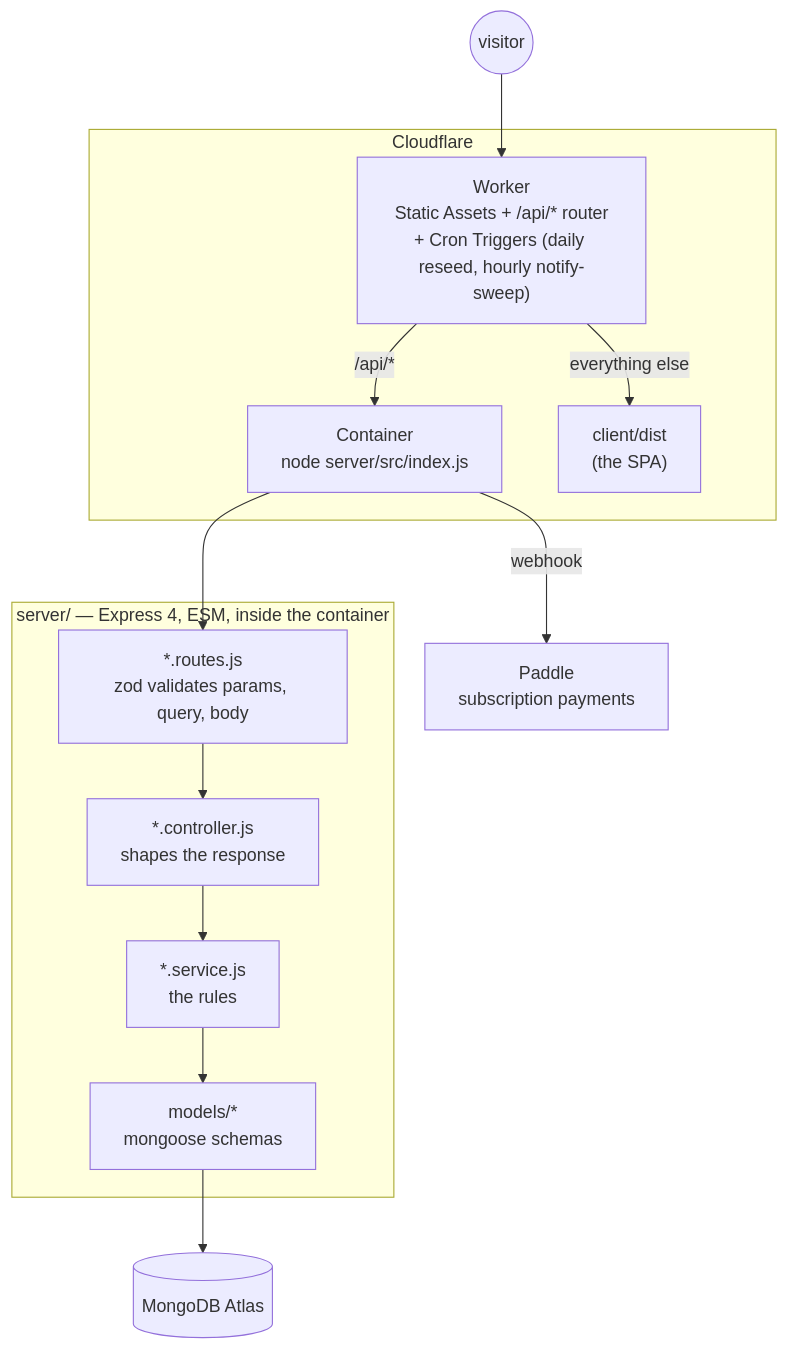
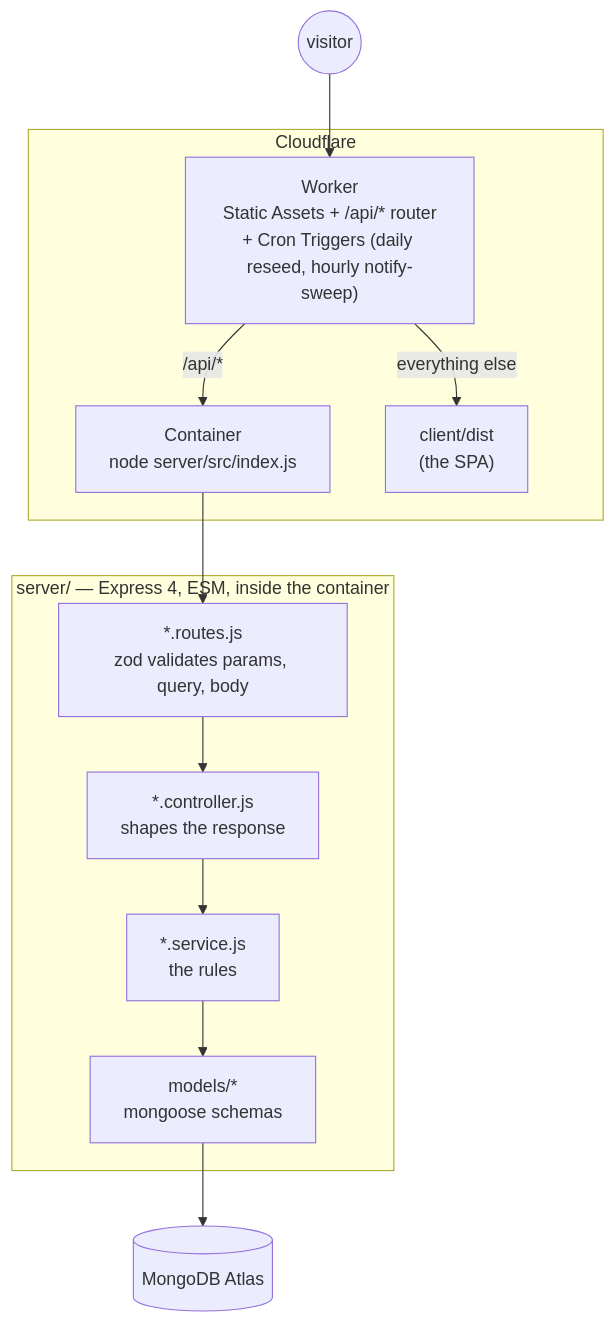
The diagram in docs/ARCHITECTURE.md (waleedhussein4/tourney), drawn with Mermaid before and after one commit. The commit also changed other lines of this file and 137 other files, not shown here.

````diff
--- a/docs/ARCHITECTURE.md
+++ b/docs/ARCHITECTURE.md
@@ -16,23 +16,22 @@
 ```mermaid
 flowchart TB
     visitor(("visitor")) --> worker
 
     subgraph cf["Cloudflare"]
         worker["Worker<br/>Static Assets + /api/* router<br/>+ Cron Triggers (daily reseed, hourly notify-sweep)"]
         container["Container<br/>node server/src/index.js"]
         worker -- "/api/*" --> container
         worker -- "everything else" --> assets["client/dist<br/>(the SPA)"]
     end
 
     subgraph server["server/ — Express 4, ESM, inside the container"]
         routes["*.routes.js<br/>zod validates params, query, body"]
         controllers["*.controller.js<br/>shapes the response"]
         services["*.service.js<br/>the rules"]
         models["models/*<br/>mongoose schemas"]
         routes --> controllers --> services --> models
     end
 
     container --> routes
     models --> db[("MongoDB Atlas")]
-    container -- "webhook" --> paddle["Paddle<br/>subscription payments"]
 ```
````
